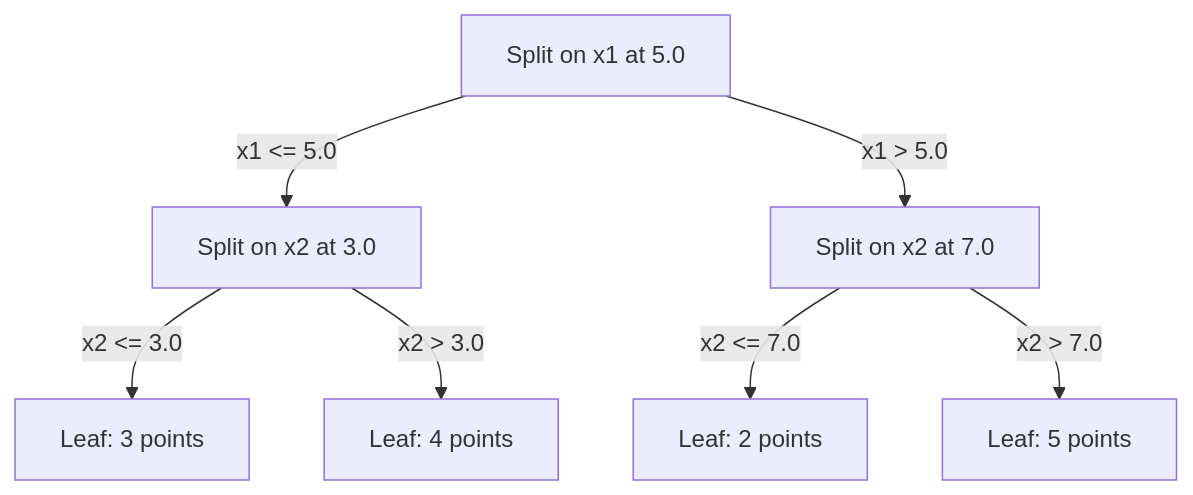
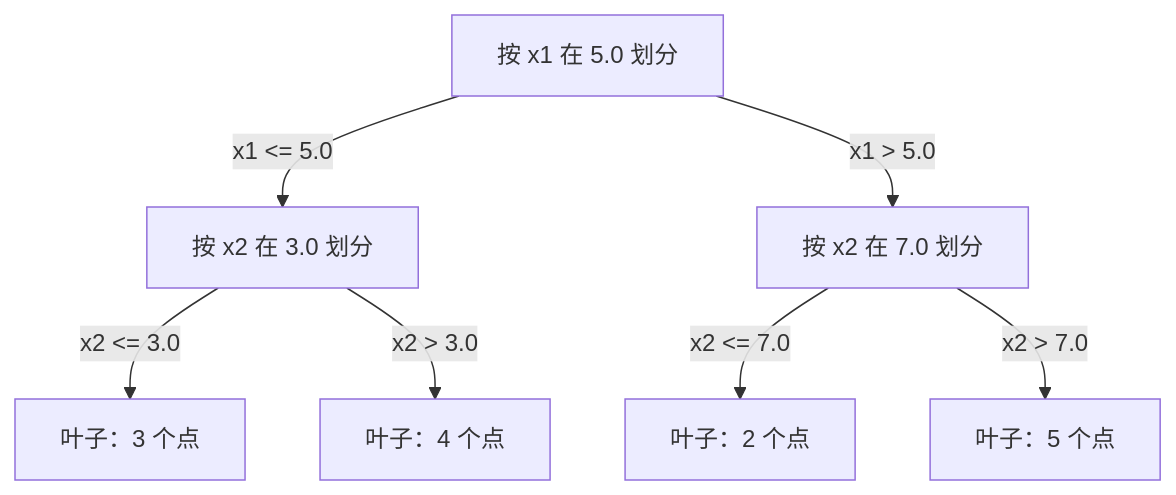
Before and after one commit to omigaZen/ai-engineering-from-scratch: the third of 3 diagrams in phases/02-ml-fundamentals/06-knn-and-distances/docs/zh.md, drawn with Mermaid. The commit also changed other lines of this file and 3 other files, not shown here.

````diff
--- a/phases/02-ml-fundamentals/06-knn-and-distances/docs/zh.md
+++ b/phases/02-ml-fundamentals/06-knn-and-distances/docs/zh.md
@@ -189,9 +168,9 @@
 ```mermaid
 graph TD
-    R["Split on x1 at 5.0"] -->|"x1 <= 5.0"| L["Split on x2 at 3.0"]
-    R -->|"x1 > 5.0"| RR["Split on x2 at 7.0"]
-    L -->|"x2 <= 3.0"| LL["Leaf: 3 points"]
-    L -->|"x2 > 3.0"| LR["Leaf: 4 points"]
-    RR -->|"x2 <= 7.0"| RL["Leaf: 2 points"]
-    RR -->|"x2 > 7.0"| RRR["Leaf: 5 points"]
+    R["按 x1 在 5.0 划分"] -->|"x1 <= 5.0"| L["按 x2 在 3.0 划分"]
+    R -->|"x1 > 5.0"| RR["按 x2 在 7.0 划分"]
+    L -->|"x2 <= 3.0"| LL["叶子：3 个点"]
+    L -->|"x2 > 3.0"| LR["叶子：4 个点"]
+    RR -->|"x2 <= 7.0"| RL["叶子：2 个点"]
+    RR -->|"x2 > 7.0"| RRR["叶子：5 个点"]
 ```
````
